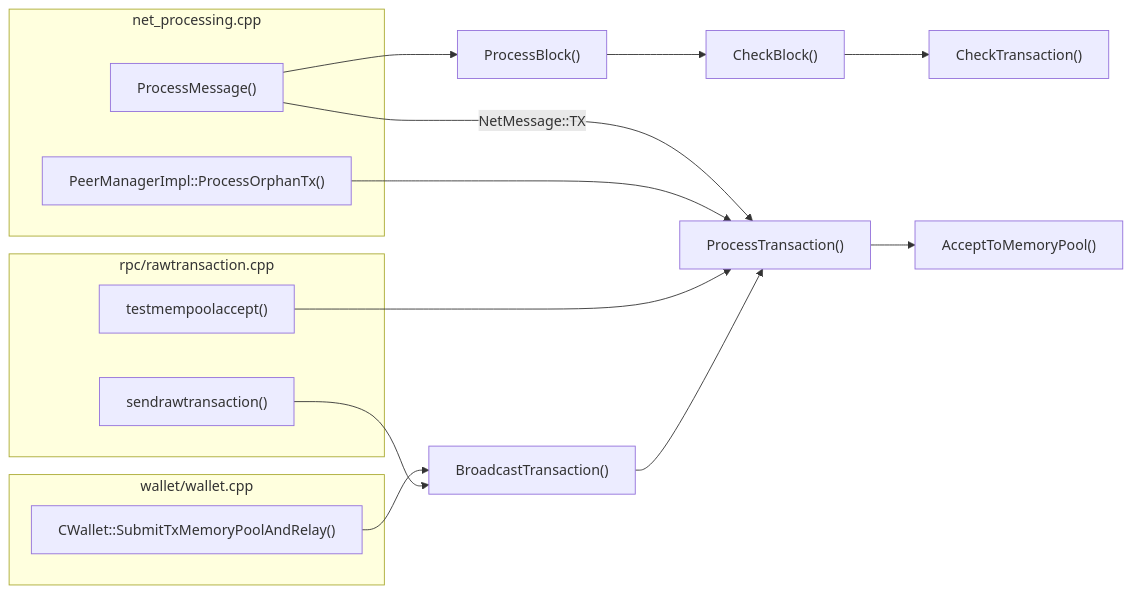
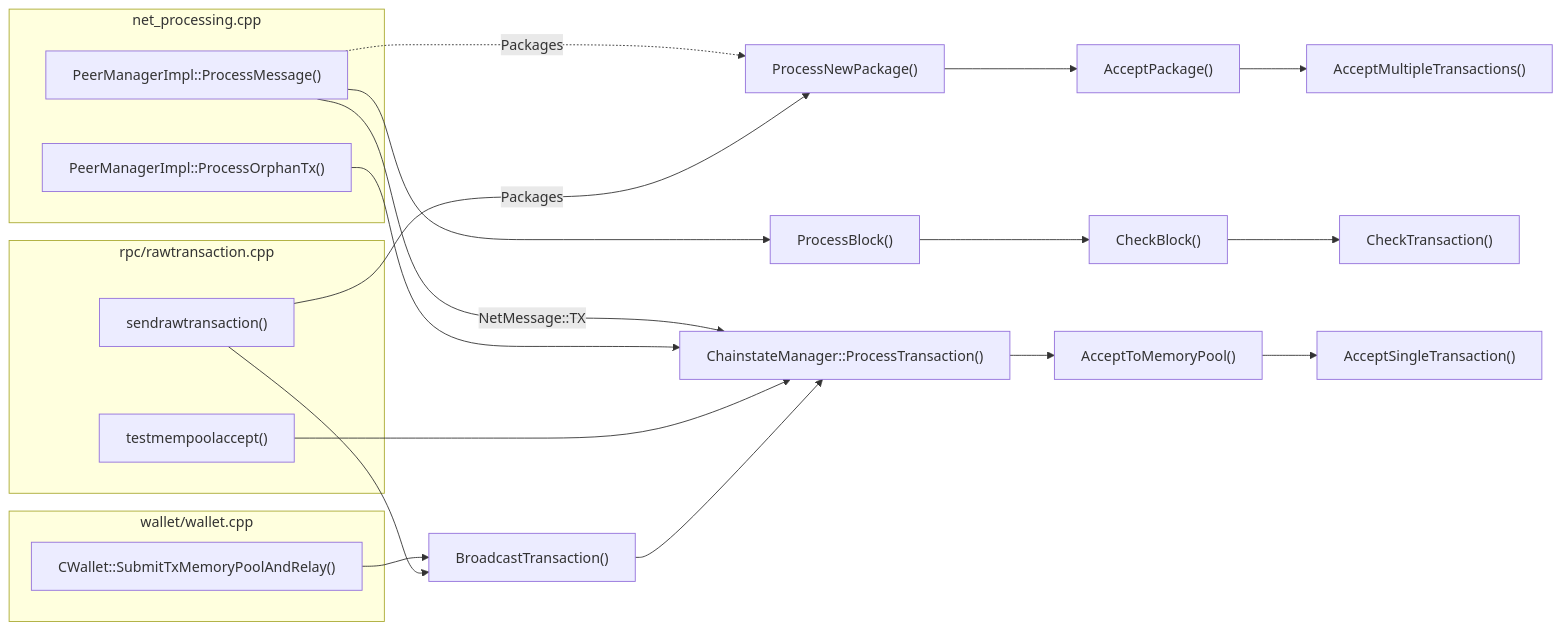
The first of 3 diagrams in 03_consensus-and-validation.adoc (chaincodelabs/onboarding-to-bitcoin-core), drawn with Mermaid before and after one commit. The commit also changed other lines of this file and 3 other files, not shown here.

```diff
--- a/03_consensus-and-validation.adoc
+++ b/03_consensus-and-validation.adoc
@@ -440,37 +446,43 @@
 [mermaid,target=tx-origination,format=svg,id=tx-origination]
 ....
 flowchart LR
-    process_tx["ProcessTransaction()"]
-    process_msg["ProcessMessage()"]
+    process_tx["ChainstateManager::ProcessTransaction()"]
+    process_msg["PeerManagerImpl::ProcessMessage()"]
     process_block["ProcessBlock()"]
     check_block["CheckBlock()"]
     check_transaction["CheckTransaction()"]
     process_orphan["PeerManagerImpl::ProcessOrphanTx()"]
     broadcast_tx["BroadcastTransaction()"]
     srt["sendrawtransaction()"]
     tmpa["testmempoolaccept()"]
     submit_relay["CWallet::SubmitTxMemoryPoolAndRelay()"]
     atmp["AcceptToMemoryPool()"]
+    accept_single["AcceptSingleTransaction()"]
+    process_package["ProcessNewPackage()"]
+    accept_package["AcceptPackage()"]
+    accept_multiple["AcceptMultipleTransactions()"]
 
     subgraph net_processing.cpp
         process_msg
         process_orphan
     end
-    process_msg -- NetMessage::TX --> process_tx
-    process_msg --> process_block
-    process_block --> check_block
-    check_block --> check_transaction
-    process_orphan ---> process_tx
     subgraph 2 ["rpc/rawtransaction.cpp"]
         srt
         tmpa
     end
     subgraph 3 [wallet/wallet.cpp]
         submit_relay
     end
+    process_msg -. Packages ..-> process_package
+    process_msg ---> process_block --> check_block --> check_transaction
+    process_msg -- NetMessage::TX --> process_tx
+    process_orphan ---> process_tx
     tmpa --> process_tx
     submit_relay --> broadcast_tx
     srt --> broadcast_tx
     broadcast_tx --> process_tx
-    process_tx --> atmp
+    process_tx --> atmp --> accept_single
+    srt -- Packages --> process_package
+    process_package --> accept_package
+    accept_package --> accept_multiple
 ....
```
